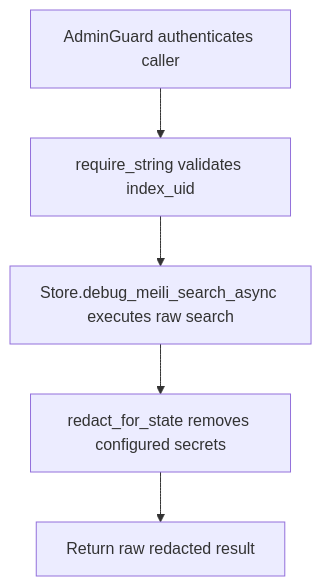
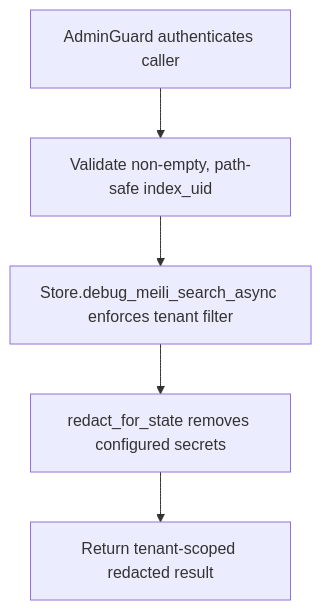
Before and after one commit to dickwu/nowledge: the diagram in doc/api/post_v1_debug_meili_search.md, drawn with Mermaid. The commit also changed other lines of this file and 19 other files, not shown here.

First line of the commit message:
Prevent fixed-index data from crossing tenant boundaries

````diff
--- a/doc/api/post_v1_debug_meili_search.md
+++ b/doc/api/post_v1_debug_meili_search.md
@@ -42,12 +43,12 @@
 ```mermaid
 flowchart TD
   n0["AdminGuard authenticates caller"]
-  n1["require_string validates index_uid"]
-  n2["Store.debug_meili_search_async executes raw search"]
+  n1["Validate non-empty, path-safe index_uid"]
+  n2["Store.debug_meili_search_async enforces tenant filter"]
   n3["redact_for_state removes configured secrets"]
-  n4["Return raw redacted result"]
+  n4["Return tenant-scoped redacted result"]
   n0 --> n1
   n1 --> n2
   n2 --> n3
   n3 --> n4
 ```
````
